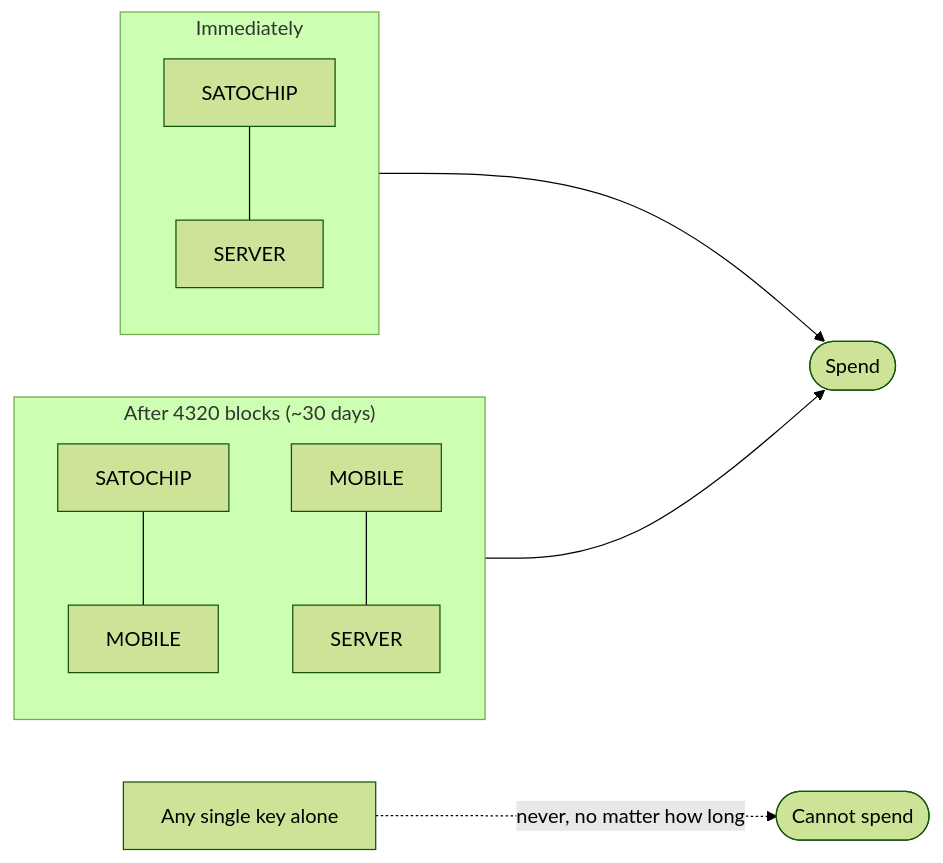
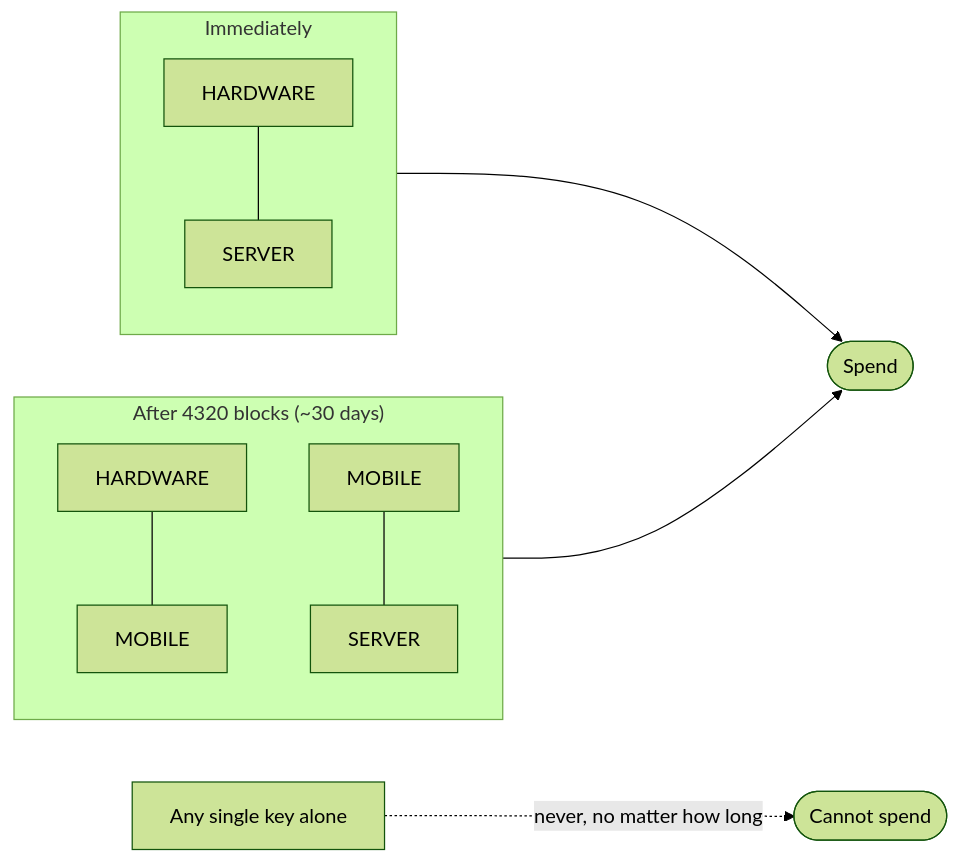
One commit to TDH-Labs/Bitme changed the first of 4 diagrams in README.md. Above: the diagram before and after it, drawn with Mermaid (forest theme). The commit also changed other lines of this file and 36 other files, not shown here.

````diff
--- a/README.md
+++ b/README.md
@@ -69,13 +75,13 @@
 ```mermaid
 flowchart LR
     subgraph FAST["Immediately"]
-        A1[SATOCHIP] --- S1[SERVER]
+        A1[HARDWARE] --- S1[SERVER]
     end
     subgraph SLOW["After 4320 blocks (~30 days)"]
-        A2[SATOCHIP] --- M2[MOBILE]
+        A2[HARDWARE] --- M2[MOBILE]
         M3[MOBILE] --- S3[SERVER]
     end
     FAST --> SPEND([Spend])
     SLOW --> SPEND
     ONE[Any single key alone] -.->|never, no matter how long| X([Cannot spend])
 ```
````
